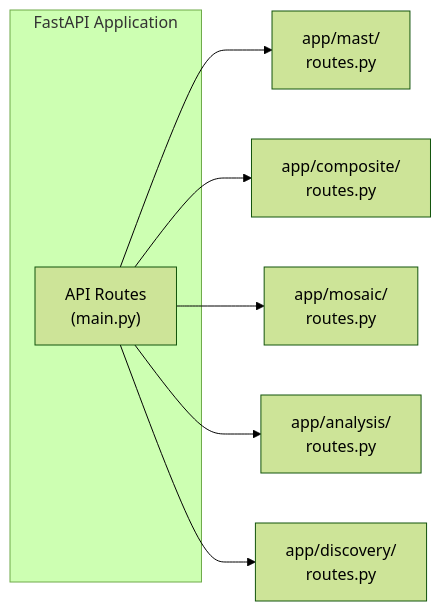
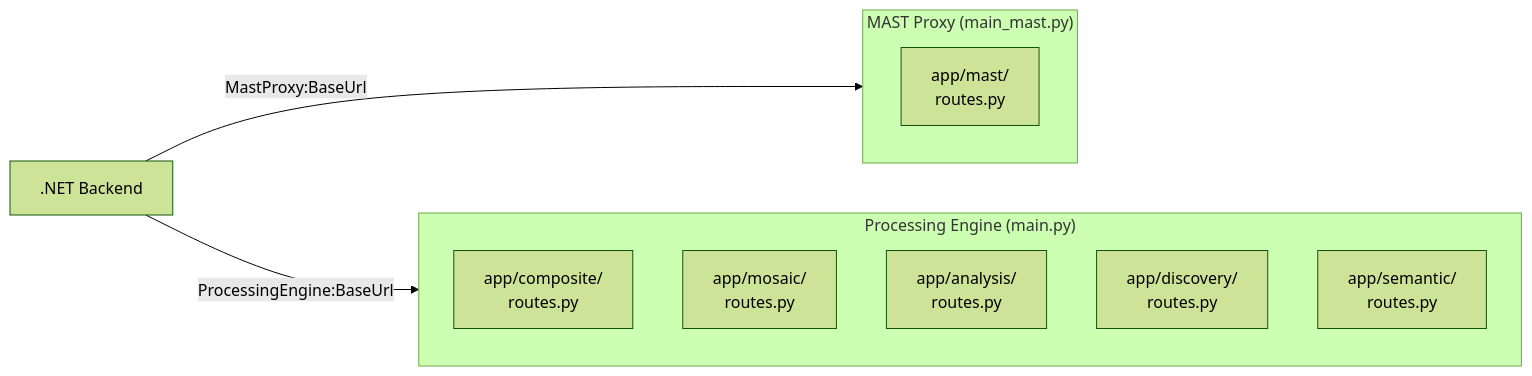
Before and after one commit to Snoww3d/jwst-data-analysis: the first of 4 diagrams in docs/architecture/processing-engine.md, drawn with Mermaid (forest theme). The commit also changed other lines of this file and 21 other files, not shown here.

First line of the commit message:
feat: extract MAST proxy into separate lightweight service (#734)

````diff
--- a/docs/architecture/processing-engine.md
+++ b/docs/architecture/processing-engine.md
@@ -9,18 +12,18 @@
 ```mermaid
 flowchart LR
-    subgraph FastAPI["FastAPI Application"]
-        Routes["API Routes\n(main.py)"]
+    subgraph MastProxy["MAST Proxy (main_mast.py)"]
+        MastRoutes["app/mast/\nroutes.py"]
     end
 
-    MastRoutes["app/mast/\nroutes.py"]
-    CompositeRoutes["app/composite/\nroutes.py"]
-    MosaicRoutes["app/mosaic/\nroutes.py"]
-    AnalysisRoutes["app/analysis/\nroutes.py"]
-    DiscoveryRoutes["app/discovery/\nroutes.py"]
+    subgraph ProcessingEngine["Processing Engine (main.py)"]
+        CompositeRoutes["app/composite/\nroutes.py"]
+        MosaicRoutes["app/mosaic/\nroutes.py"]
+        AnalysisRoutes["app/analysis/\nroutes.py"]
+        DiscoveryRoutes["app/discovery/\nroutes.py"]
+        SemanticRoutes["app/semantic/\nroutes.py"]
+    end
 
-    Routes --> MastRoutes
-    Routes --> CompositeRoutes
-    Routes --> MosaicRoutes
-    Routes --> AnalysisRoutes
-    Routes --> DiscoveryRoutes
+    Backend[".NET Backend"]
+    Backend -->|MastProxy:BaseUrl| MastProxy
+    Backend -->|ProcessingEngine:BaseUrl| ProcessingEngine
 ```
````
